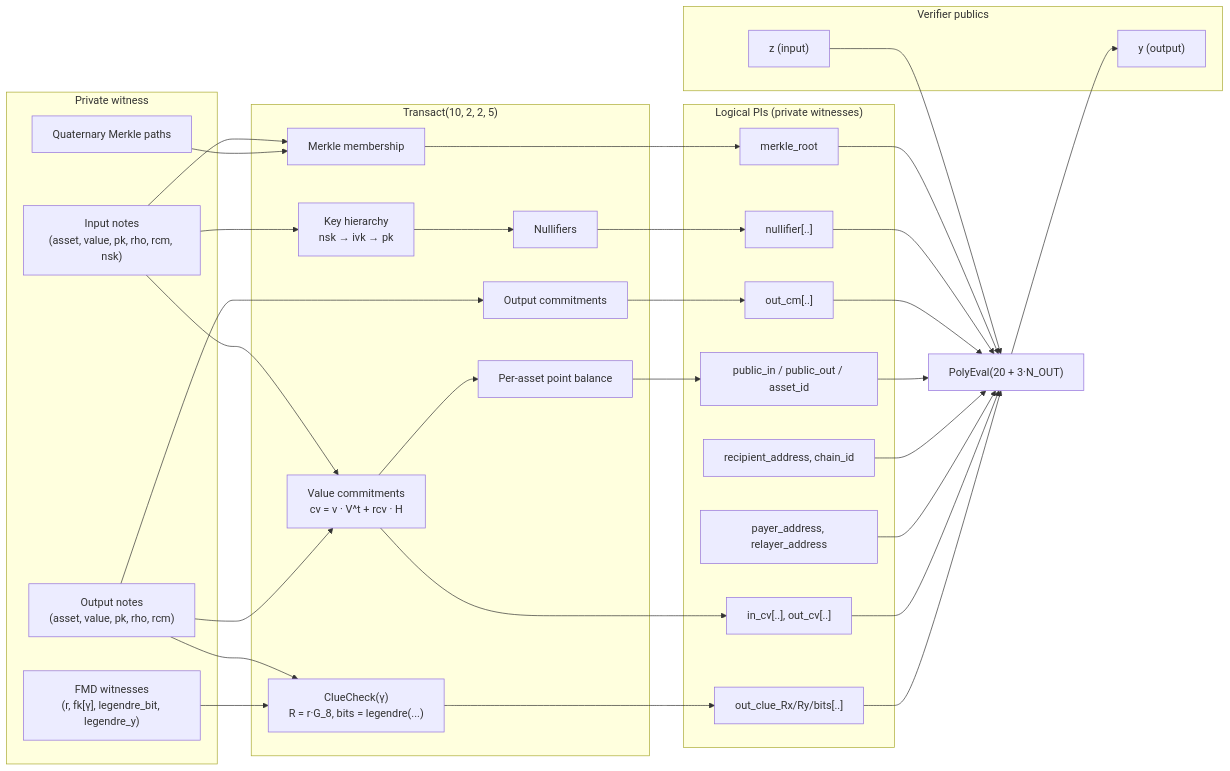
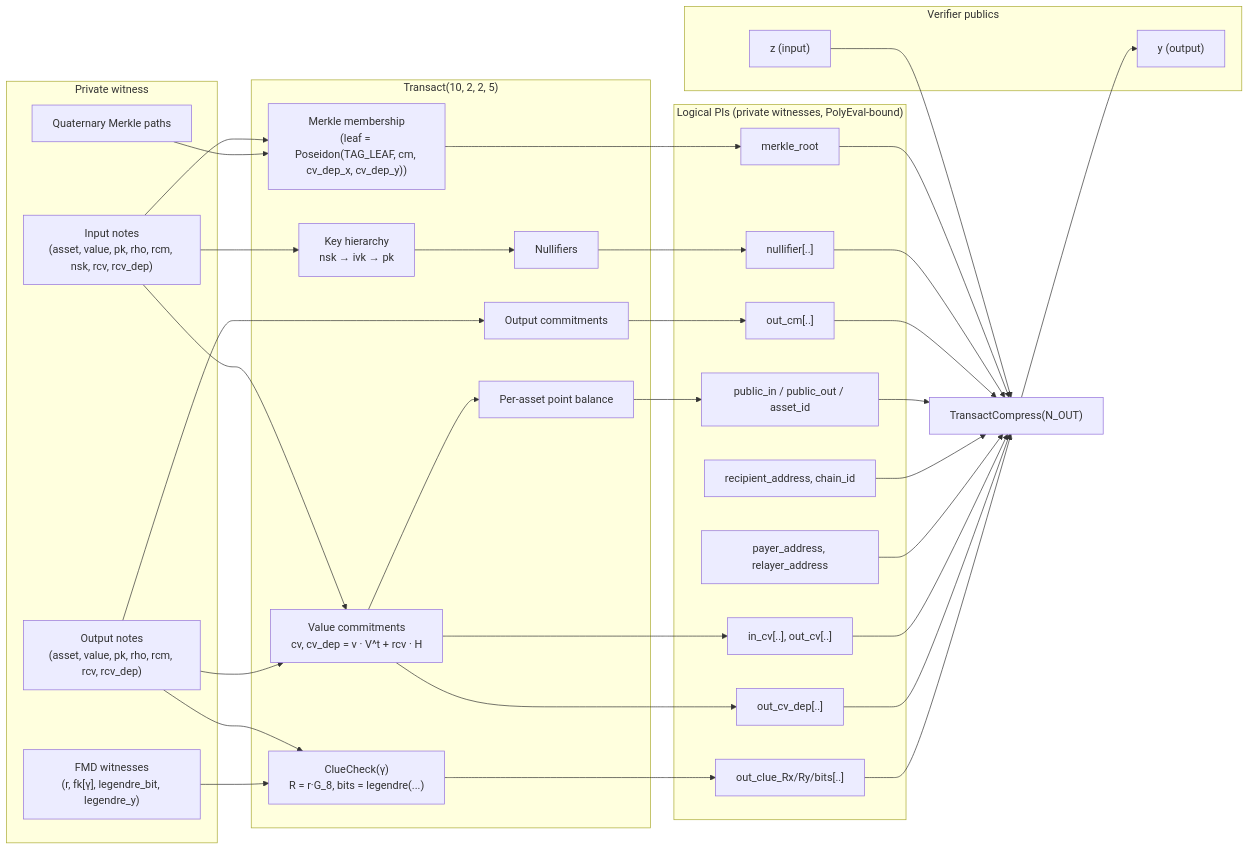
Before and after one commit to lelantos-org/circuits: the first of 5 diagrams in src/README.md, drawn with Mermaid. The commit also changed other lines of this file and 20 other files, not shown here.

````diff
--- a/src/README.md
+++ b/src/README.md
@@ -161,50 +175,53 @@
 ```mermaid
 flowchart LR
     subgraph Witness["Private witness"]
-        IN["Input notes<br/>(asset, value, pk, rho, rcm, nsk)"]
-        OUT["Output notes<br/>(asset, value, pk, rho, rcm)"]
+        IN["Input notes<br/>(asset, value, pk, rho, rcm, nsk, rcv, rcv_dep)"]
+        OUT["Output notes<br/>(asset, value, pk, rho, rcm, rcv, rcv_dep)"]
         MP["Quaternary Merkle paths"]
         FMD["FMD witnesses<br/>(r, fk[γ], legendre_bit, legendre_y)"]
     end
     subgraph Circuit["Transact(10, 2, 2, 5)"]
         K["Key hierarchy<br/>nsk → ivk → pk"]
         NF["Nullifiers"]
-        MT["Merkle membership"]
-        CV["Value commitments<br/>cv = v · V^t + rcv · H"]
+        MT["Merkle membership<br/>(leaf = Poseidon(TAG_LEAF, cm, cv_dep_x, cv_dep_y))"]
+        CV["Value commitments<br/>cv, cv_dep = v · V^t + rcv · H"]
         BAL["Per-asset point balance"]
         CM["Output commitments"]
         CL["ClueCheck(γ)<br/>R = r·G_8, bits = legendre(...)"]
     end
-    subgraph Logical["Logical PIs (private witnesses)"]
+    subgraph Logical["Logical PIs (private witnesses, PolyEval-bound)"]
         ROOT["merkle_root"]
         NFS["nullifier[..]"]
         CMS["out_cm[..]"]
         PB["public_in / public_out / asset_id"]
         REC["recipient_address, chain_id"]
         ADDR["payer_address, relayer_address"]
         CVS["in_cv[..], out_cv[..]"]
+        CVD["out_cv_dep[..]"]
         CLS["out_clue_Rx/Ry/bits[..]"]
     end
     subgraph Pub["Verifier publics"]
         Z["z (input)"]
         Y["y (output)"]
     end
     IN --> K --> NF --> NFS
     IN --> MT --> ROOT
     MP --> MT
     IN --> CV --> CVS
     OUT --> CV
+    CV --> CVD
     CV --> BAL --> PB
     OUT --> CM --> CMS
     OUT --> CL
     FMD --> CL --> CLS
-    ROOT --> PE["PolyEval(20 + 3·N_OUT)"]
+    ROOT --> PE["TransactCompress(N_OUT)"]
     NFS --> PE
     CMS --> PE
     PB --> PE
     REC --> PE
     ADDR --> PE
     CVS --> PE
+    CVD --> PE
     CLS --> PE
     Z --> PE --> Y
 ```
````
